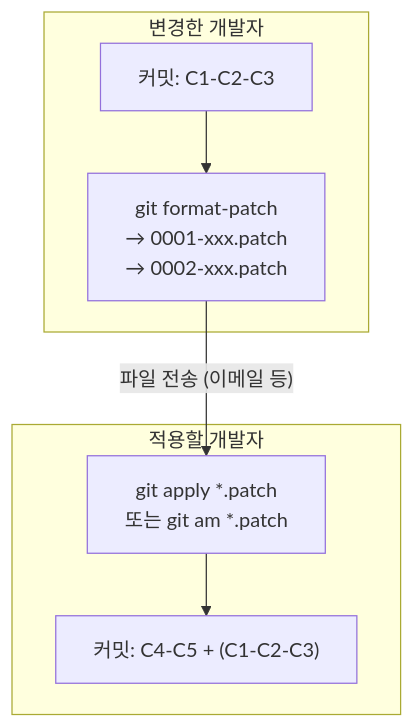
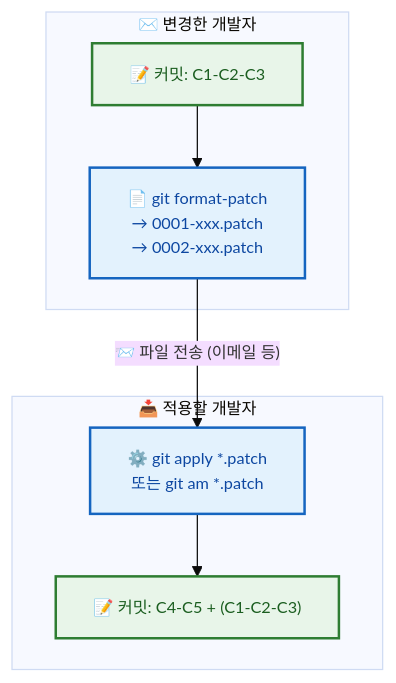
One commit to jingu279/Document changed the first of 2 diagrams in git/03_원격_저장소/03_Patch_작업.md. Above: the diagram before and after it, drawn with Mermaid. The commit also changed other lines of this file and 24 other files, not shown here.

First line of the commit message:
Git 문서 전체 Mermaid 다이어그램 스타일링 통일

````diff
--- a/git/03_원격_저장소/03_Patch_작업.md
+++ b/git/03_원격_저장소/03_Patch_작업.md
@@ -17,14 +17,24 @@
 ```mermaid
+%%{init: {'theme': 'base', 'themeVariables': {'fontSize': '13px'}}}%%
 flowchart TB
-  subgraph Sender[변경한 개발자]
-    C1["커밋: C1-C2-C3"] --> FP["git format-patch<br/>→ 0001-xxx.patch<br/>→ 0002-xxx.patch"]
+  subgraph Sender[✉️ 변경한 개발자]
+    C1["📝 커밋: C1-C2-C3"] --> FP["📄 git format-patch<br/>→ 0001-xxx.patch<br/>→ 0002-xxx.patch"]
   end
 
-  FP -->|"파일 전송 (이메일 등)"| R1
+  FP -->|"📨 파일 전송 (이메일 등)"| R1
 
-  subgraph Receiver[적용할 개발자]
-    R1["git apply *.patch<br/>또는 git am *.patch"]
-    R2["커밋: C4-C5 + (C1-C2-C3)"]
+  subgraph Receiver[📥 적용할 개발자]
+    R1["⚙️ git apply *.patch<br/>또는 git am *.patch"]
+    R2["📝 커밋: C4-C5 + (C1-C2-C3)"]
     R1 --> R2
   end
+
+  classDef main fill:#fff3e0,stroke:#e65100,stroke-width:2px,color:#bf360c
+  classDef sub fill:#e8f5e9,stroke:#2e7d32,stroke-width:2px,color:#1b5e20
+  classDef proc fill:#e3f2fd,stroke:#1565c0,stroke-width:2px,color:#0d47a1
+  classDef decision fill:#fff9c4,stroke:#f9a825,stroke-width:2px,color:#e65100
+  classDef highlight fill:#f3e5f5,stroke:#6a1b9a,stroke-width:2px,color:#4a148c
+
+  class C1,R2 sub
+  class FP,R1 proc
 ```
````
